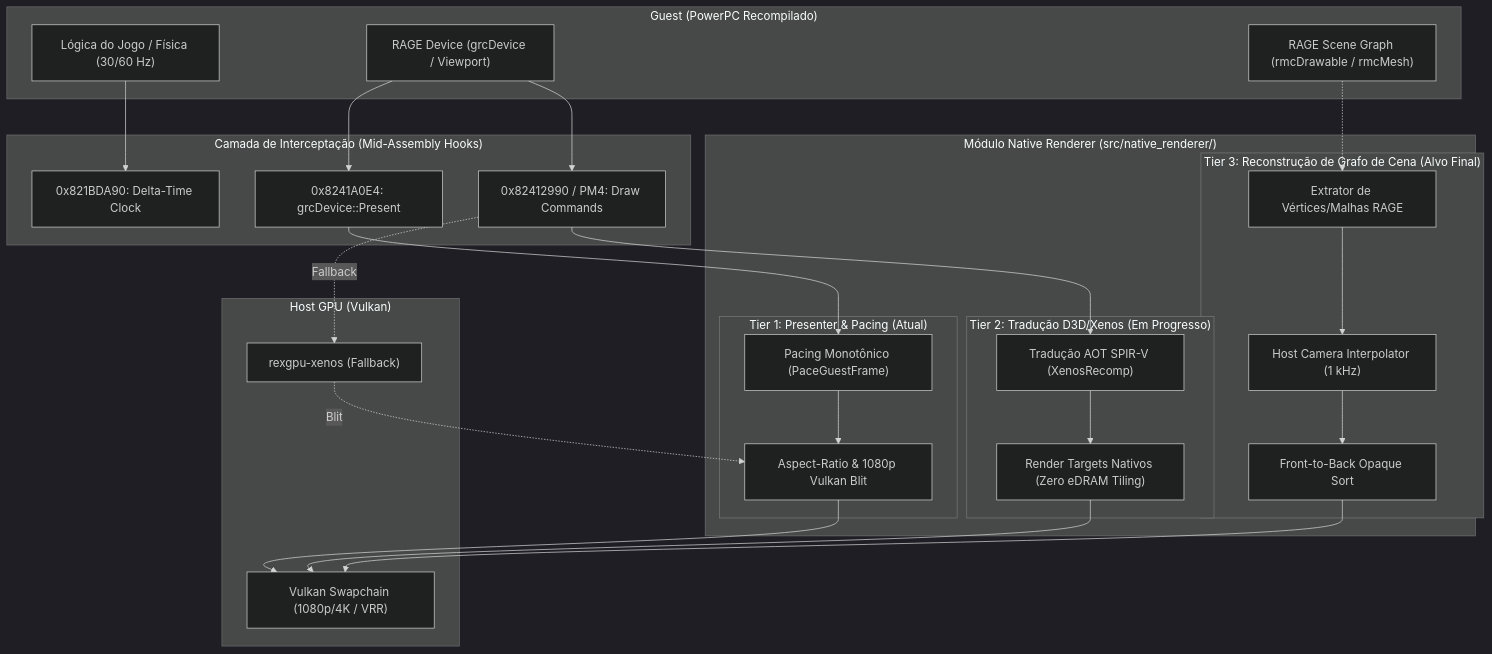
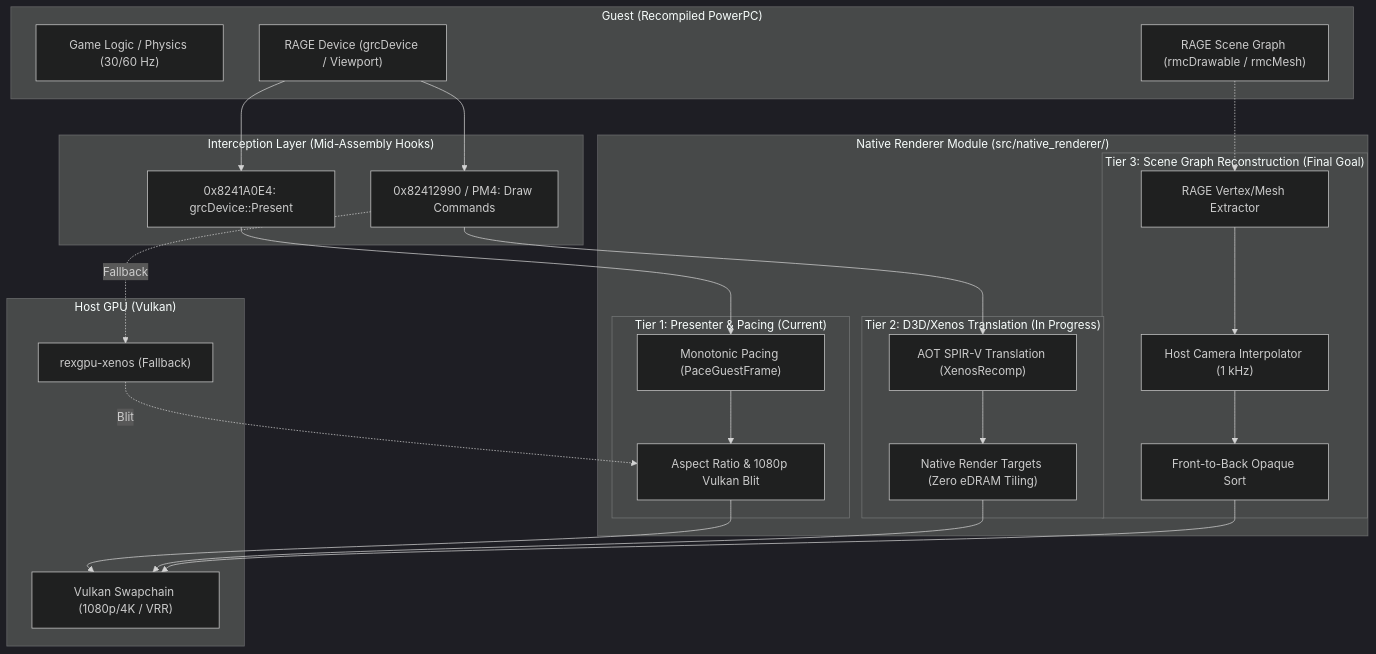
One commit to Heus-Sueh/midnight-club-la-recomp changed the first of 2 diagrams in docs/NATIVE_RENDERER_ROADMAP.md. Above: the diagram before and after it, drawn with Mermaid (dark theme). The commit also changed other lines of this file and 1 other file, not shown here.

````diff
--- a/docs/NATIVE_RENDERER_ROADMAP.md
+++ b/docs/NATIVE_RENDERER_ROADMAP.md
@@ -11,55 +16,53 @@
 ```mermaid
 flowchart TD
-    subgraph Guest ["Guest (PowerPC Recompilado)"]
-        GameLogic["Lógica do Jogo / Física (30/60 Hz)"]
+    subgraph Guest ["Guest (Recompiled PowerPC)"]
+        GameLogic["Game Logic / Physics (30/60 Hz)"]
         RAGE_World["RAGE Scene Graph (rmcDrawable / rmcMesh)"]
         RAGE_Device["RAGE Device (grcDevice / Viewport)"]
     end
 
-    subgraph Hooks ["Camada de Interceptação (Mid-Assembly Hooks)"]
-        Hook_Delta["0x821BDA90: Delta-Time Clock"]
+    subgraph Hooks ["Interception Layer (Mid-Assembly Hooks)"]
         Hook_Swap["0x8241A0E4: grcDevice::Present"]
         Hook_Draw["0x82412990 / PM4: Draw Commands"]
     end
 
-    subgraph NativeRenderer ["Módulo Native Renderer (src/native_renderer/)"]
-        subgraph Tier1 ["Tier 1: Presenter & Pacing (Atual)"]
-            FramePacer["Pacing Monotônico (PaceGuestFrame)"]
-            AspectScaler["Aspect-Ratio & 1080p Vulkan Blit"]
+    subgraph NativeRenderer ["Native Renderer Module (src/native_renderer/)"]
+        subgraph Tier1 ["Tier 1: Presenter & Pacing (Current)"]
+            FramePacer["Monotonic Pacing (PaceGuestFrame)"]
+            AspectScaler["Aspect Ratio & 1080p Vulkan Blit"]
         end
-        subgraph Tier2 ["Tier 2: Tradução D3D/Xenos (Em Progresso)"]
-            ShaderCache["Tradução AOT SPIR-V (XenosRecomp)"]
-            NativeRT["Render Targets Nativos (Zero eDRAM Tiling)"]
+        subgraph Tier2 ["Tier 2: D3D/Xenos Translation (In Progress)"]
+            ShaderCache["AOT SPIR-V Translation (XenosRecomp)"]
+            NativeRT["Native Render Targets (Zero eDRAM Tiling)"]
         end
-        subgraph Tier3 ["Tier 3: Reconstrução de Grafo de Cena (Alvo Final)"]
-            MeshExtractor["Extrator de Vértices/Malhas RAGE"]
+        subgraph Tier3 ["Tier 3: Scene Graph Reconstruction (Final Goal)"]
+            MeshExtractor["RAGE Vertex/Mesh Extractor"]
             CameraSmooth["Host Camera Interpolator (1 kHz)"]
             EarlyZSort["Front-to-Back Opaque Sort"]
         end
     end
 
     subgraph Backend ["Host GPU (Vulkan)"]
         VK_Swapchain["Vulkan Swapchain (1080p/4K / VRR)"]
         Xenos_Fallback["rexgpu-xenos (Fallback)"]
     end
 
-    GameLogic --> Hook_Delta
     RAGE_Device --> Hook_Swap
     RAGE_Device --> Hook_Draw
     RAGE_World -.-> MeshExtractor
 
     Hook_Swap --> FramePacer
     FramePacer --> AspectScaler
     AspectScaler --> VK_Swapchain
 
     Hook_Draw --> ShaderCache
     ShaderCache --> NativeRT
     NativeRT --> VK_Swapchain
 
     MeshExtractor --> CameraSmooth
     CameraSmooth --> EarlyZSort
     EarlyZSort --> VK_Swapchain
 
     Hook_Draw -. Fallback .-> Xenos_Fallback
     Xenos_Fallback -. Blit .-> AspectScaler
 ```
````
